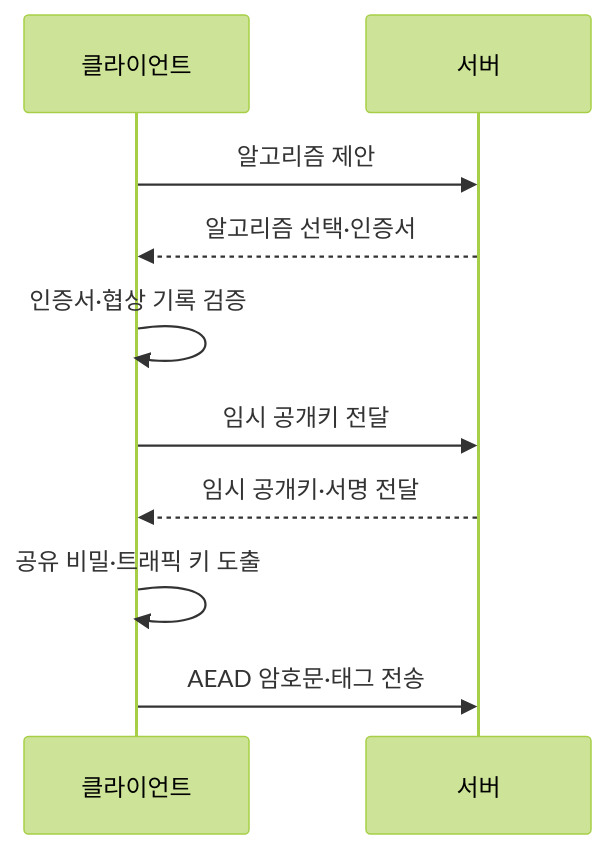
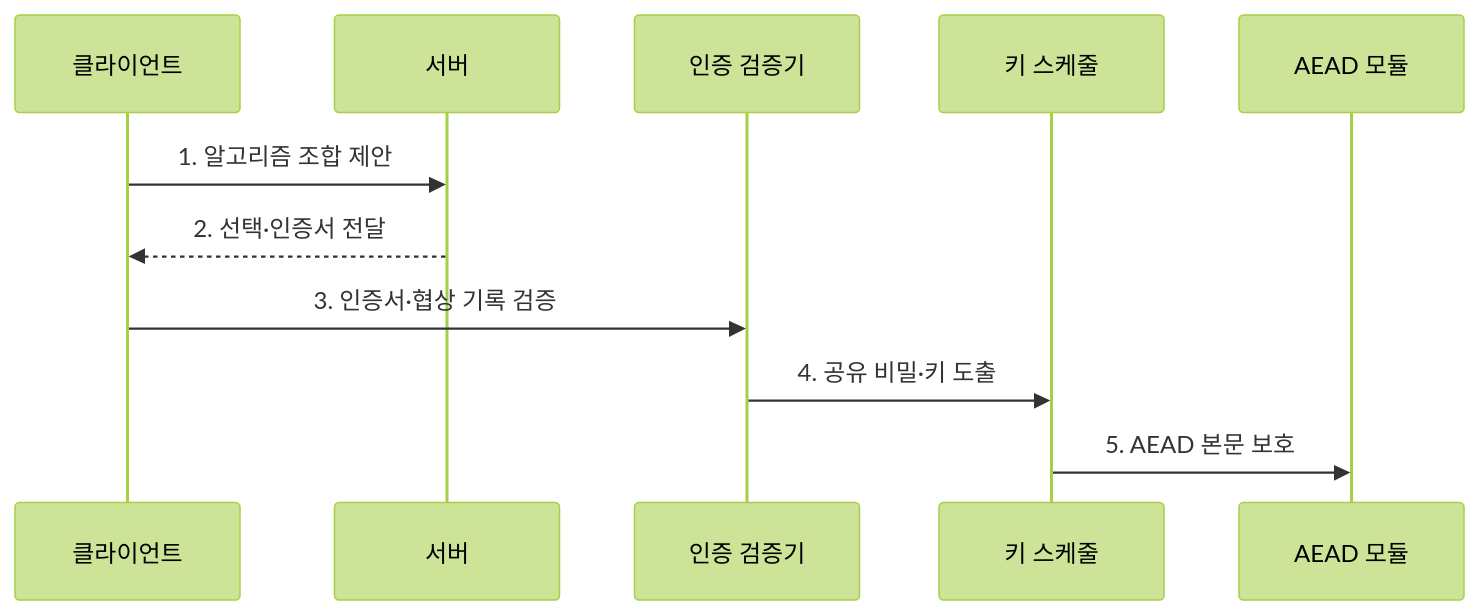
Before and after one commit to agnusdei1207/knowledge-base: the second of 2 diagrams in src/content/docs/notes/05-security/003_hybrid_cryptography.md, drawn with Mermaid (forest theme). The commit also changed other lines of this file and 22 other files, not shown here.

````diff
--- a/src/content/docs/notes/05-security/003_hybrid_cryptography.md
+++ b/src/content/docs/notes/05-security/003_hybrid_cryptography.md
@@ -89,12 +86,13 @@
 ```mermaid
 sequenceDiagram
     participant C as 클라이언트
     participant S as 서버
-    C->>S: 알고리즘 제안
-    S-->>C: 알고리즘 선택·인증서
-    C->>C: 인증서·협상 기록 검증
-    C->>S: 임시 공개키 전달
-    S-->>C: 임시 공개키·서명 전달
-    C->>C: 공유 비밀·트래픽 키 도출
-    C->>S: AEAD 암호문·태그 전송
+    participant V as 인증 검증기
+    participant K as 키 스케줄
+    participant A as AEAD 모듈
+    C->>S: 1. 알고리즘 조합 제안
+    S-->>C: 2. 선택·인증서 전달
+    C->>V: 3. 인증서·협상 기록 검증
+    V->>K: 4. 공유 비밀·키 도출
+    K->>A: 5. AEAD 본문 보호
 ```
````
